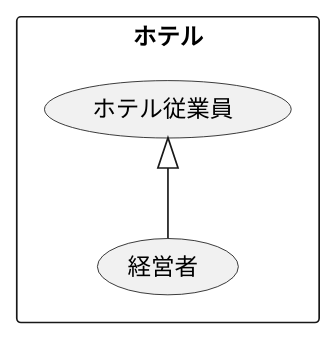
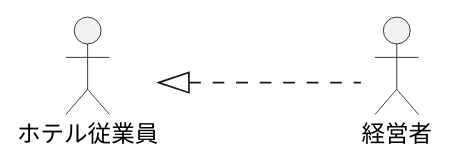
Before and after one commit to allface017/uml-introduction: the diagram in 演習2-2_ホテル従業員.pu, drawn with PlantUML. The commit also changed 2 other files, not shown here.

```diff
--- a/演習2-2_ホテル従業員.pu
+++ b/演習2-2_ホテル従業員.pu
@@ -1,8 +1,8 @@
 @startuml ユースケース図
-' left to right direction
-rectangle ホテル {
-usecase 経営者 as host
-usecase ホテル従業員 as you
-}
-you <|-- host  
+left to right direction
+
+actor 経営者 as host
+actor ホテル従業員 as you
+
+you <|-[dashed]-- host  
 @enduml
```
